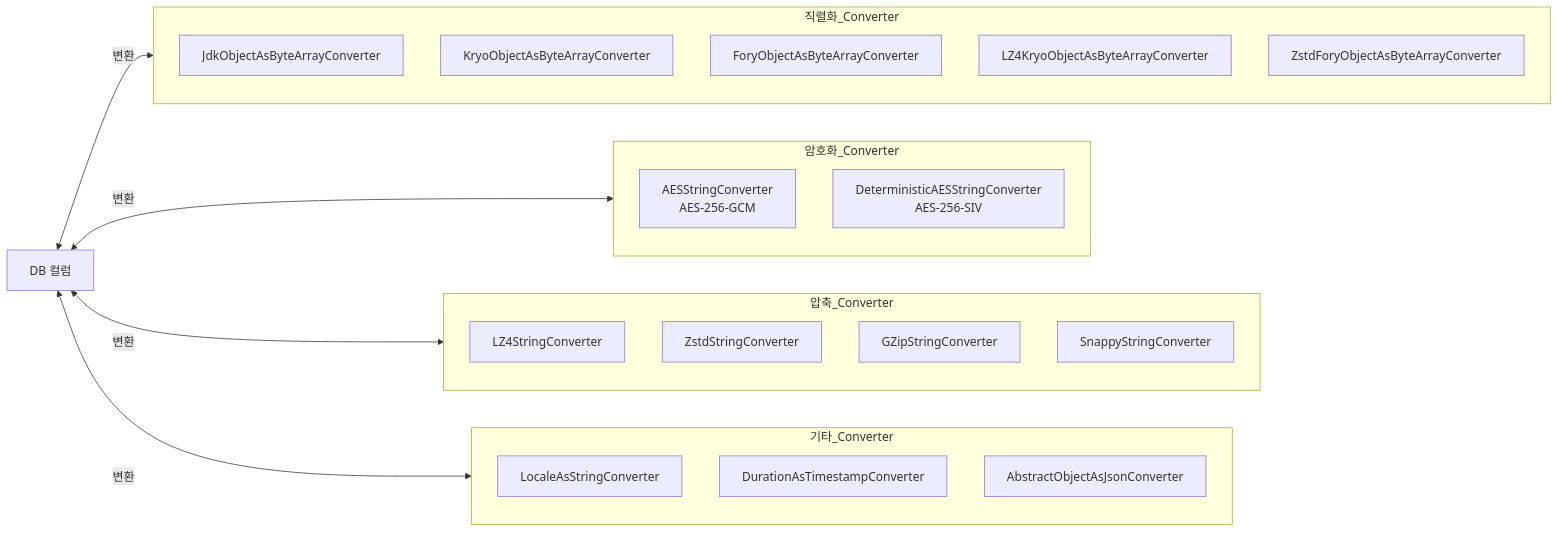
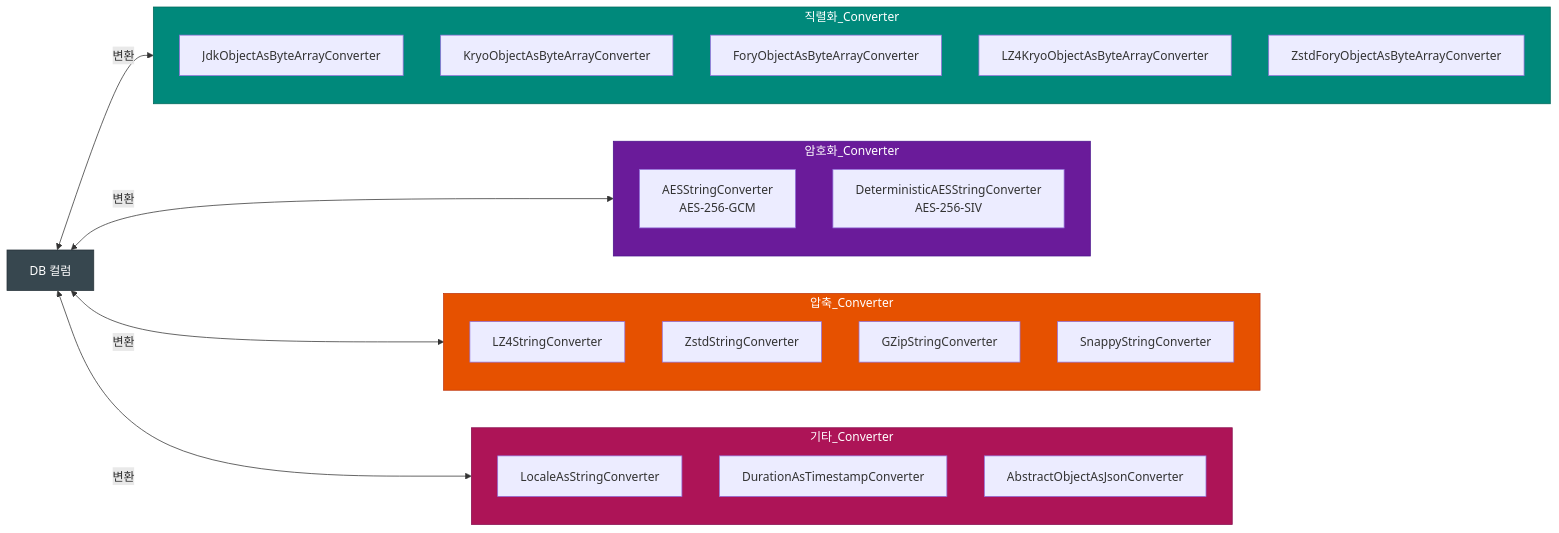
Before and after one commit to bluetape4k/bluetape4k-projects: the third of 3 diagrams in data/hibernate/README.ko.md, drawn with Mermaid. The commit also changed other lines of this file and 221 other files, not shown here.

First line of the commit message:
docs: 전체 모듈 README UML 다이어그램 보강 및 색상 업그레이드

````diff
--- a/data/hibernate/README.ko.md
+++ b/data/hibernate/README.ko.md
@@ -595,30 +606,42 @@
 ```mermaid
 flowchart LR
     subgraph 직렬화_Converter
         A1[JdkObjectAsByteArrayConverter]
         A2[KryoObjectAsByteArrayConverter]
         A3[ForyObjectAsByteArrayConverter]
         A4[LZ4KryoObjectAsByteArrayConverter]
         A5[ZstdForyObjectAsByteArrayConverter]
     end
     subgraph 암호화_Converter
         B1[AESStringConverter<br/>AES-256-GCM]
         B2[DeterministicAESStringConverter<br/>AES-256-SIV]
     end
     subgraph 압축_Converter
         C1[LZ4StringConverter]
         C2[ZstdStringConverter]
         C3[GZipStringConverter]
         C4[SnappyStringConverter]
     end
     subgraph 기타_Converter
         D1[LocaleAsStringConverter]
         D2[DurationAsTimestampConverter]
         D3[AbstractObjectAsJsonConverter]
     end
 
     E[DB 컬럼] <-->|변환| 직렬화_Converter
     E <-->|변환| 암호화_Converter
     E <-->|변환| 압축_Converter
     E <-->|변환| 기타_Converter
+
+    classDef dbStyle fill:#37474F,stroke:#263238,color:#FFFFFF
+    classDef serStyle fill:#00897B,stroke:#00695C,color:#FFFFFF
+    classDef encStyle fill:#6A1B9A,stroke:#4A148C,color:#FFFFFF
+    classDef compStyle fill:#E65100,stroke:#BF360C,color:#FFFFFF
+    classDef miscStyle fill:#AD1457,stroke:#880E4F,color:#FFFFFF
+
+    class E dbStyle
+    class 직렬화_Converter serStyle
+    class 암호화_Converter encStyle
+    class 압축_Converter compStyle
+    class 기타_Converter miscStyle
 ```
````
